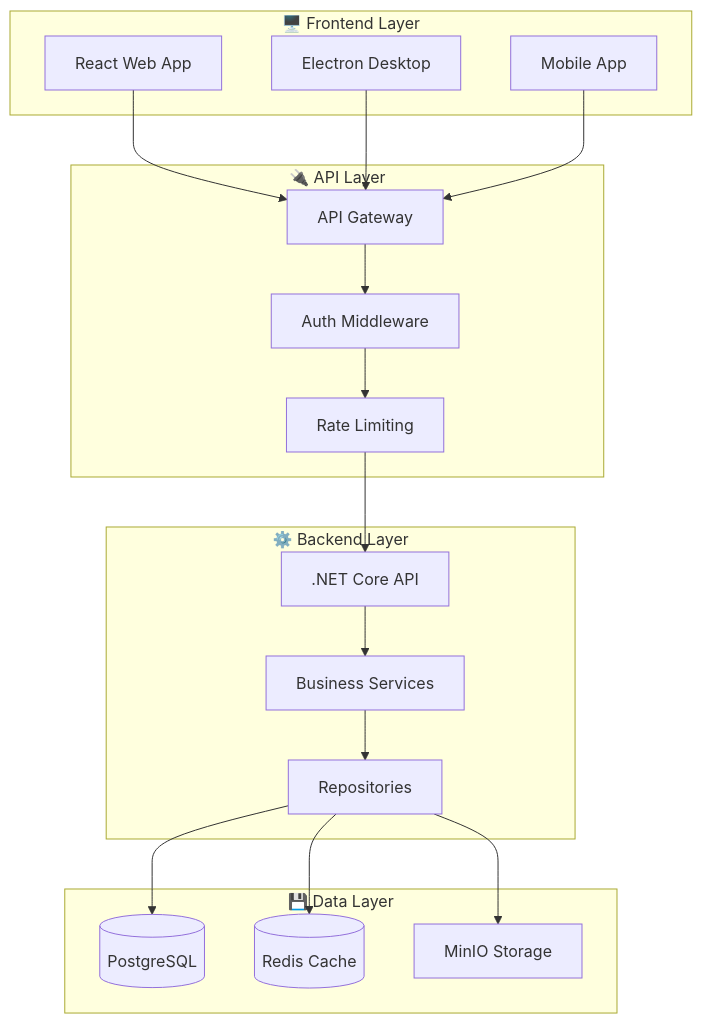
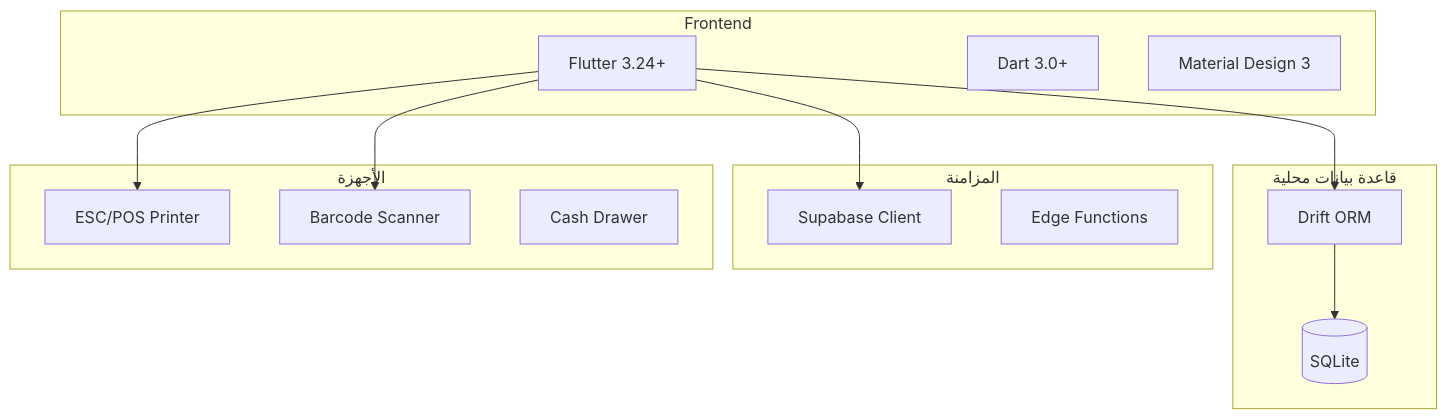
The third of 3 diagrams in README.md (yunis709/flutter-erp-sys), drawn with Mermaid before and after one commit. The commit also changed other lines of this file and 3 other files, not shown here.

````diff
--- a/README.md
+++ b/README.md
@@ -167,35 +109,29 @@
 ```mermaid
 flowchart TB
-    subgraph Frontend["🖥️ Frontend Layer"]
-        Web[React Web App]
-        Desktop[Electron Desktop]
-        Mobile[Mobile App]
+    subgraph Frontend["Frontend"]
+        Flutter[Flutter 3.24+]
+        Dart[Dart 3.0+]
+        Material[Material Design 3]
     end
     
-    subgraph APILayer["🔌 API Layer"]
-        Gateway[API Gateway]
-        Auth[Auth Middleware]
-        Rate[Rate Limiting]
+    subgraph LocalDB["قاعدة بيانات محلية"]
+        Drift[Drift ORM]
+        SQLite[(SQLite)]
     end
     
-    subgraph Backend["⚙️ Backend Layer"]
-        API[.NET Core API]
-        Services[Business Services]
-        Repos[Repositories]
+    subgraph Sync["المزامنة"]
+        Supabase[Supabase Client]
+        Edge[Edge Functions]
     end
     
-    subgraph Data["💾 Data Layer"]
-        Postgres[(PostgreSQL)]
-        Redis[(Redis Cache)]
-        MinIO[MinIO Storage]
+    subgraph Hardware["الأجهزة"]
+        Printer[ESC/POS Printer]
+        Scanner[Barcode Scanner]
+        Cash[Cash Drawer]
     end
     
-    Web --> Gateway
-    Desktop --> Gateway
-    Mobile --> Gateway
-    Gateway --> Auth --> Rate --> API
-    API --> Services --> Repos
-    Repos --> Postgres
-    Repos --> Redis
-    Repos --> MinIO
+    Flutter --> Drift --> SQLite
+    Flutter --> Supabase
+    Flutter --> Printer
+    Flutter --> Scanner
 ```
````
